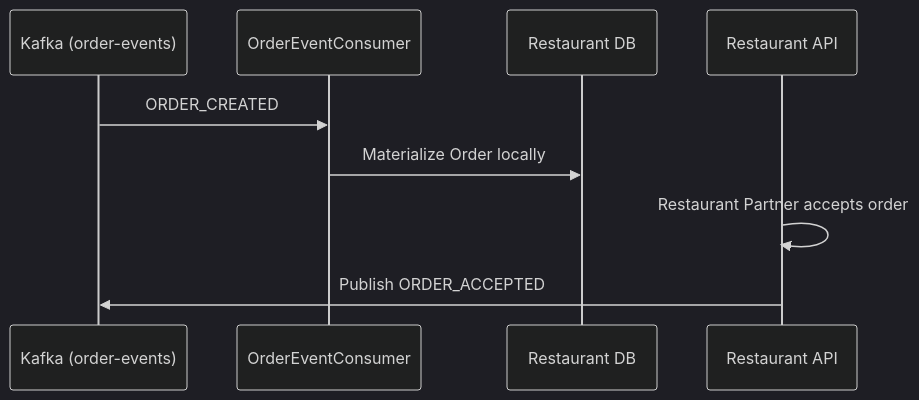
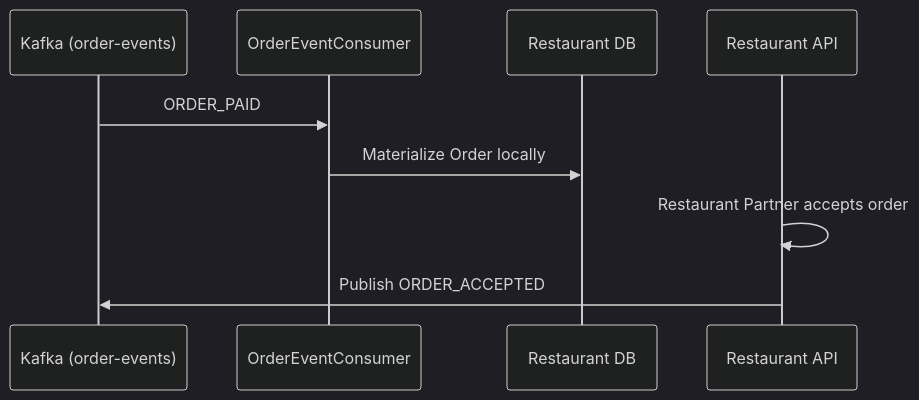
One commit to parthu-reddy/RestaurentApplication changed the diagram in README.md. Above: the diagram before and after it, drawn with Mermaid (dark theme). The commit also changed other lines of this file, not shown here.

Commit message:
docs: Update README and diagrams to reflect true event execution flow

````diff
--- a/README.md
+++ b/README.md
@@ -13,13 +13,13 @@
 ```mermaid
 sequenceDiagram
     participant K as Kafka (order-events)
     participant Consumer as OrderEventConsumer
     participant DB as Restaurant DB
     participant API as Restaurant API
 
-    K->>Consumer: ORDER_CREATED
+    K->>Consumer: ORDER_PAID
     Consumer->>DB: Materialize Order locally
     
     API->>API: Restaurant Partner accepts order
     API->>K: Publish ORDER_ACCEPTED
 ```
````
